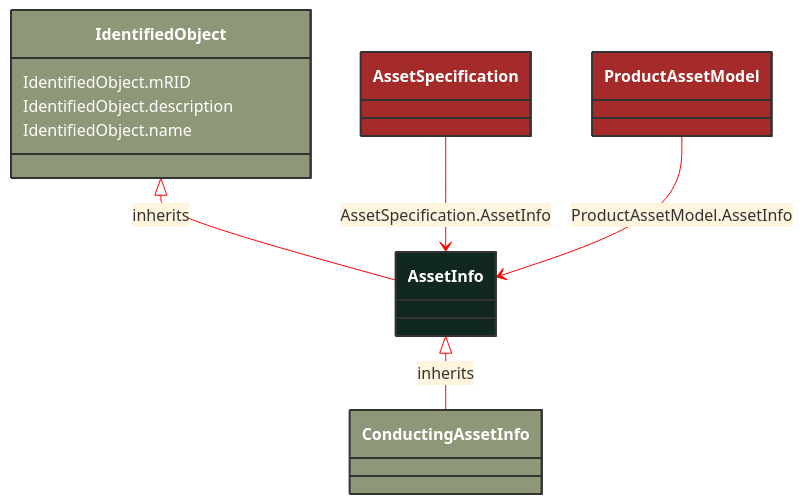
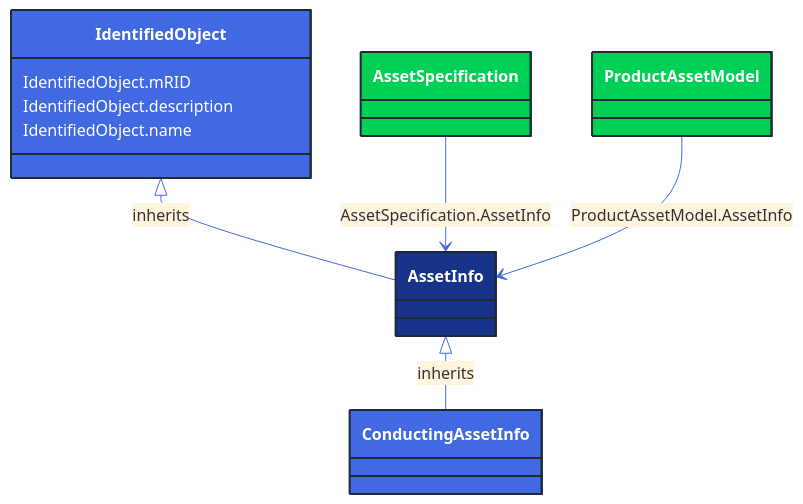
Before and after one commit to 3lbits/NoCIMExtensions: the diagram in docs/Models/Profiles/SubseaCableInfo/AbstractClasses/AssetInfo.md, drawn with Mermaid. The commit also changed 362 other files, not shown here.

First line of the commit message:
Update diagrams and styles for improved visual consistency

````diff
--- a/docs/Models/Profiles/SubseaCableInfo/AbstractClasses/AssetInfo.md
+++ b/docs/Models/Profiles/SubseaCableInfo/AbstractClasses/AssetInfo.md
@@ -10,35 +10,35 @@
 ```mermaid
-%%{init: {'theme':'base','themeVariables': {'lineColor': '#FF0000'}}}%%
+%%{init: {'theme':'base','themeVariables': {'lineColor': '#4169E1'}}}%%
 classDiagram
     class AssetInfo
     click AssetInfo href "/Models/Profiles/SubseaCableInfo/AbstractClasses/AssetInfo/"
-    style AssetInfo fill:#102820,stroke:#333,stroke-width:2px,rx:10,ry:10,color:white
+    style AssetInfo fill:#163289,stroke:#1F2A37,stroke-width:2px,rx:10,ry:10,color:white
 
         AssetInfo <|-- ConductingAssetInfo : inherits
 
         ConductingAssetInfo
             click ConductingAssetInfo href "/Models/Profiles/SubseaCableInfo/AbstractClasses/ConductingAssetInfo/"
-            style ConductingAssetInfo fill:#8F9779,stroke:#333,stroke-width:2px,rx:10,ry:10,color:white
+            style ConductingAssetInfo fill:#4169E1,stroke:#1F2A37,stroke-width:2px,rx:10,ry:10,color:white
      
         IdentifiedObject <|-- AssetInfo : inherits
             click IdentifiedObject href "/Models/Profiles/SubseaCableInfo/AbstractClasses/IdentifiedObject/"
-            style IdentifiedObject fill:#8F9779,stroke:#333,stroke-width:2px,rx:10,ry:10,color:white
+            style IdentifiedObject fill:#4169E1,stroke:#1F2A37,stroke-width:2px,rx:10,ry:10,color:white
 
 
         AssetSpecification --> AssetInfo : AssetSpecification.AssetInfo
 
         AssetSpecification
             click AssetSpecification href "/Models/Profiles/SubseaCableInfo/ConcreteClasses/AssetSpecification/"
-            style AssetSpecification fill:#A52A2A,stroke:#333,stroke-width:2px,rx:10,ry:10,color:white
+            style AssetSpecification fill:#00D156,stroke:#1F2A37,stroke-width:2px,rx:10,ry:10,color:white
 
         ProductAssetModel --> AssetInfo : ProductAssetModel.AssetInfo
 
         ProductAssetModel
             click ProductAssetModel href "/Models/Profiles/SubseaCableInfo/ConcreteClasses/ProductAssetModel/"
-            style ProductAssetModel fill:#A52A2A,stroke:#333,stroke-width:2px,rx:10,ry:10,color:white
+            style ProductAssetModel fill:#00D156,stroke:#1F2A37,stroke-width:2px,rx:10,ry:10,color:white
 
 
         IdentifiedObject : IdentifiedObject.mRID
         IdentifiedObject : IdentifiedObject.description
         IdentifiedObject : IdentifiedObject.name
 ```
````
